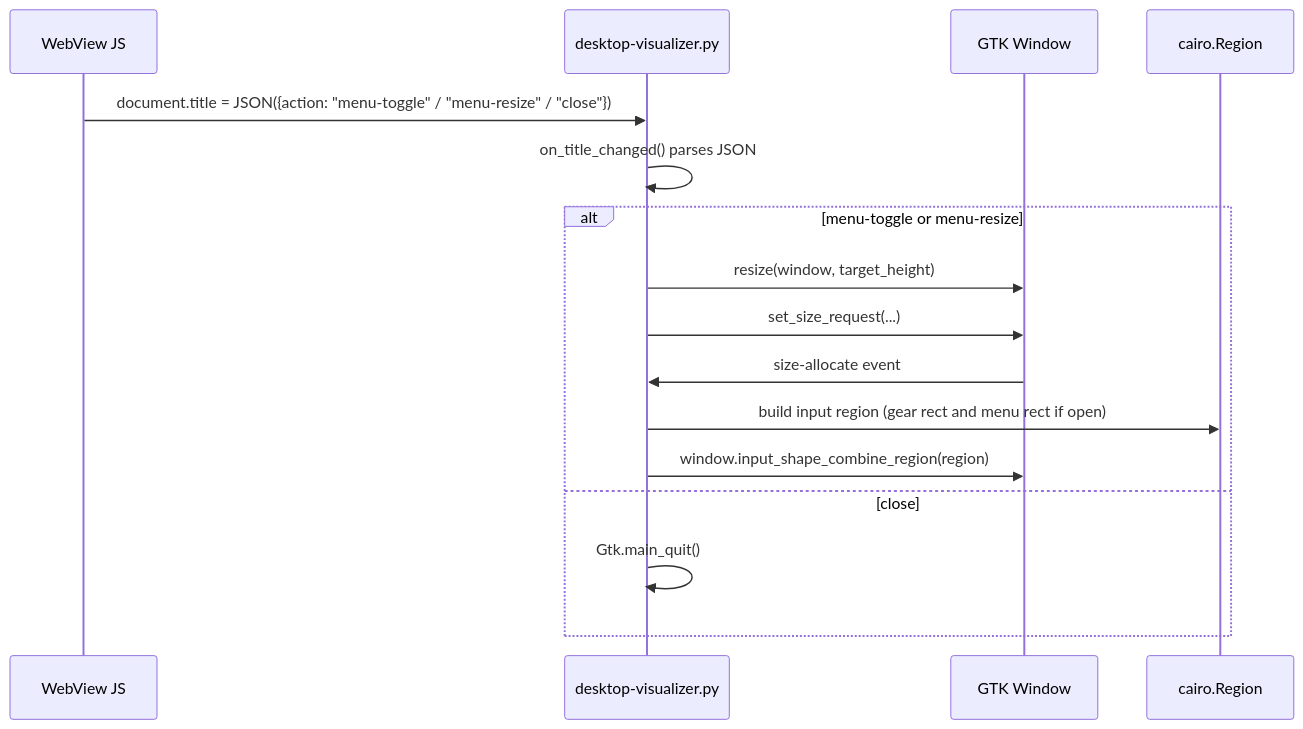
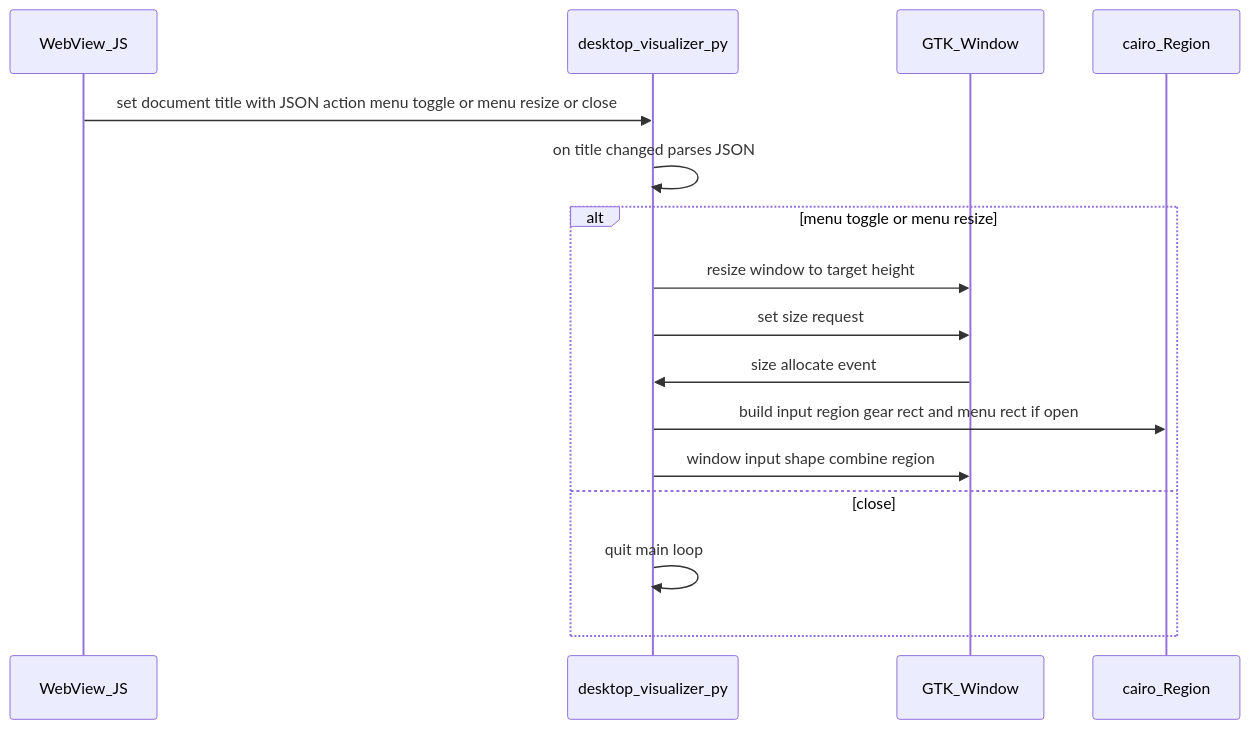
Before and after one commit to mgantlett/nix-audio-visualizer: the fourth of 5 diagrams in docs/architecture.md, drawn with Mermaid. The commit also changed other lines of this file, not shown here.

Commit message:
Fix Mermaid labels to remove punctuation that breaks GitHub renderer

````diff
--- a/docs/architecture.md
+++ b/docs/architecture.md
@@ -73,19 +73,19 @@
 ```mermaid
 sequenceDiagram
-  participant JS as WebView JS
-  participant Py as desktop-visualizer.py
-  participant GTK as GTK Window
-  participant Cairo as cairo.Region
+  participant JS as WebView_JS
+  participant Py as desktop_visualizer_py
+  participant GTK as GTK_Window
+  participant Cairo as cairo_Region
 
-  JS->>Py: document.title = JSON({action: "menu-toggle" / "menu-resize" / "close"})
-  Py->>Py: on_title_changed() parses JSON
-  alt menu-toggle or menu-resize
-    Py->>GTK: resize(window, target_height)
-    Py->>GTK: set_size_request(...)
-    GTK->>Py: size-allocate event
-    Py->>Cairo: build input region (gear rect and menu rect if open)
-    Py->>GTK: window.input_shape_combine_region(region)
+  JS->>Py: set document title with JSON action menu toggle or menu resize or close
+  Py->>Py: on title changed parses JSON
+  alt menu toggle or menu resize
+    Py->>GTK: resize window to target height
+    Py->>GTK: set size request
+    GTK->>Py: size allocate event
+    Py->>Cairo: build input region gear rect and menu rect if open
+    Py->>GTK: window input shape combine region
   else close
-    Py->>Py: Gtk.main_quit()
+    Py->>Py: quit main loop
   end
 ```
````
